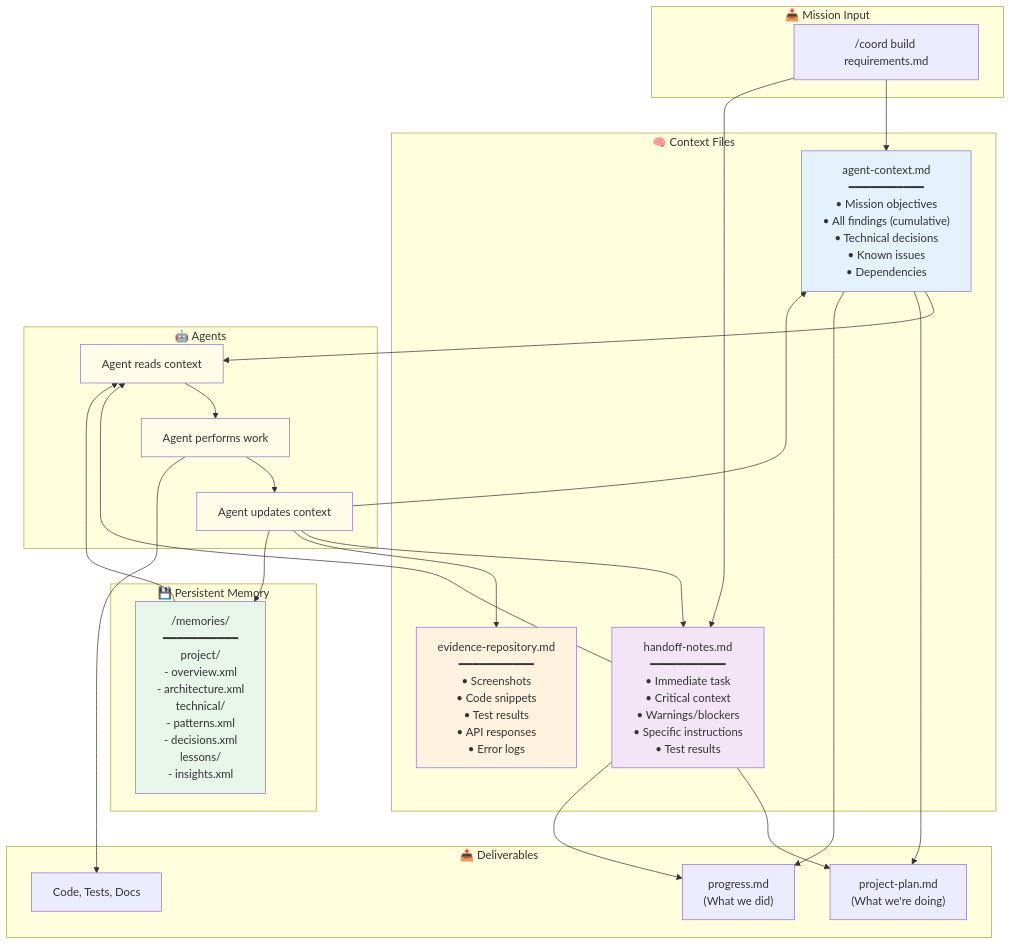
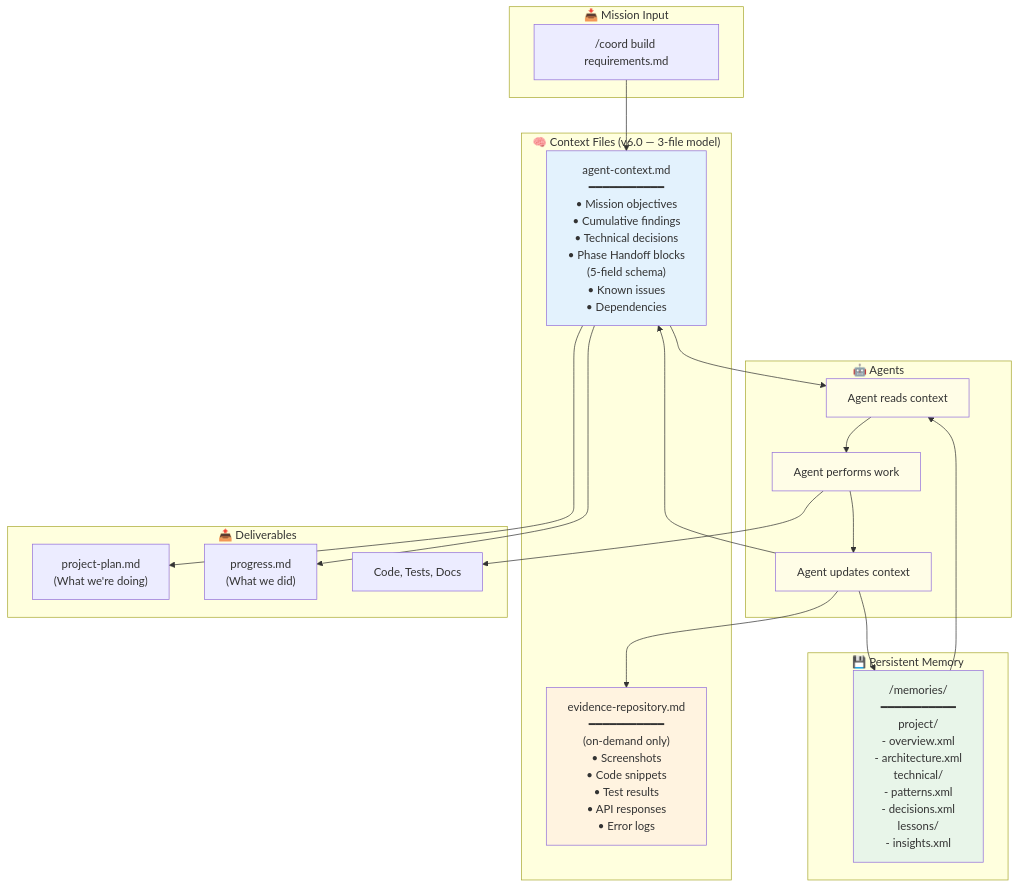
The third of 4 diagrams in README.md (TheWayWithin/agent-11), drawn with Mermaid before and after one commit. The commit also changed other lines of this file and 5 other files, not shown here.

````diff
--- a/README.md
+++ b/README.md
@@ -694,59 +708,52 @@
 ```mermaid
 flowchart TD
     subgraph Input["📥 Mission Input"]
         MI["/coord build requirements.md"]
     end
 
-    subgraph Context["🧠 Context Files"]
-        AC["agent-context.md<br/>━━━━━━━━━━━<br/>• Mission objectives<br/>• All findings (cumulative)<br/>• Technical decisions<br/>• Known issues<br/>• Dependencies"]
-        HN["handoff-notes.md<br/>━━━━━━━━━━━<br/>• Immediate task<br/>• Critical context<br/>• Warnings/blockers<br/>• Specific instructions<br/>• Test results"]
-        ER["evidence-repository.md<br/>━━━━━━━━━━━<br/>• Screenshots<br/>• Code snippets<br/>• Test results<br/>• API responses<br/>• Error logs"]
+    subgraph Context["🧠 Context Files (v6.0 — 3-file model)"]
+        AC["agent-context.md<br/>━━━━━━━━━━━<br/>• Mission objectives<br/>• Cumulative findings<br/>• Technical decisions<br/>• Phase Handoff blocks<br/>  (5-field schema)<br/>• Known issues<br/>• Dependencies"]
+        ER["evidence-repository.md<br/>━━━━━━━━━━━<br/>(on-demand only)<br/>• Screenshots<br/>• Code snippets<br/>• Test results<br/>• API responses<br/>• Error logs"]
     end
 
     subgraph Memory["💾 Persistent Memory"]
         MEM["/memories/<br/>━━━━━━━━━━━<br/>project/<br/>  - overview.xml<br/>  - architecture.xml<br/>technical/<br/>  - patterns.xml<br/>  - decisions.xml<br/>lessons/<br/>  - insights.xml"]
     end
 
     subgraph Agents["🤖 Agents"]
         A1[Agent reads context]
         A2[Agent performs work]
         A3[Agent updates context]
     end
 
     subgraph Output["📤 Deliverables"]
         PP["project-plan.md<br/>(What we're doing)"]
         PR["progress.md<br/>(What we did)"]
         CODE["Code, Tests, Docs"]
     end
 
     MI --> AC
-    MI --> HN
 
     AC --> A1
-    HN --> A1
     MEM --> A1
 
     A1 --> A2
 
     A2 --> A3
 
     A3 --> AC
-    A3 --> HN
     A3 --> ER
     A3 --> MEM
 
     AC --> PP
     AC --> PR
-    HN --> PP
-    HN --> PR
 
     A2 --> CODE
 
     style AC fill:#e3f2fd
-    style HN fill:#f3e5f5
     style ER fill:#fff3e0
     style MEM fill:#e8f5e9
     style A1 fill:#fffde7
     style A2 fill:#fffde7
     style A3 fill:#fffde7
 ```
````
